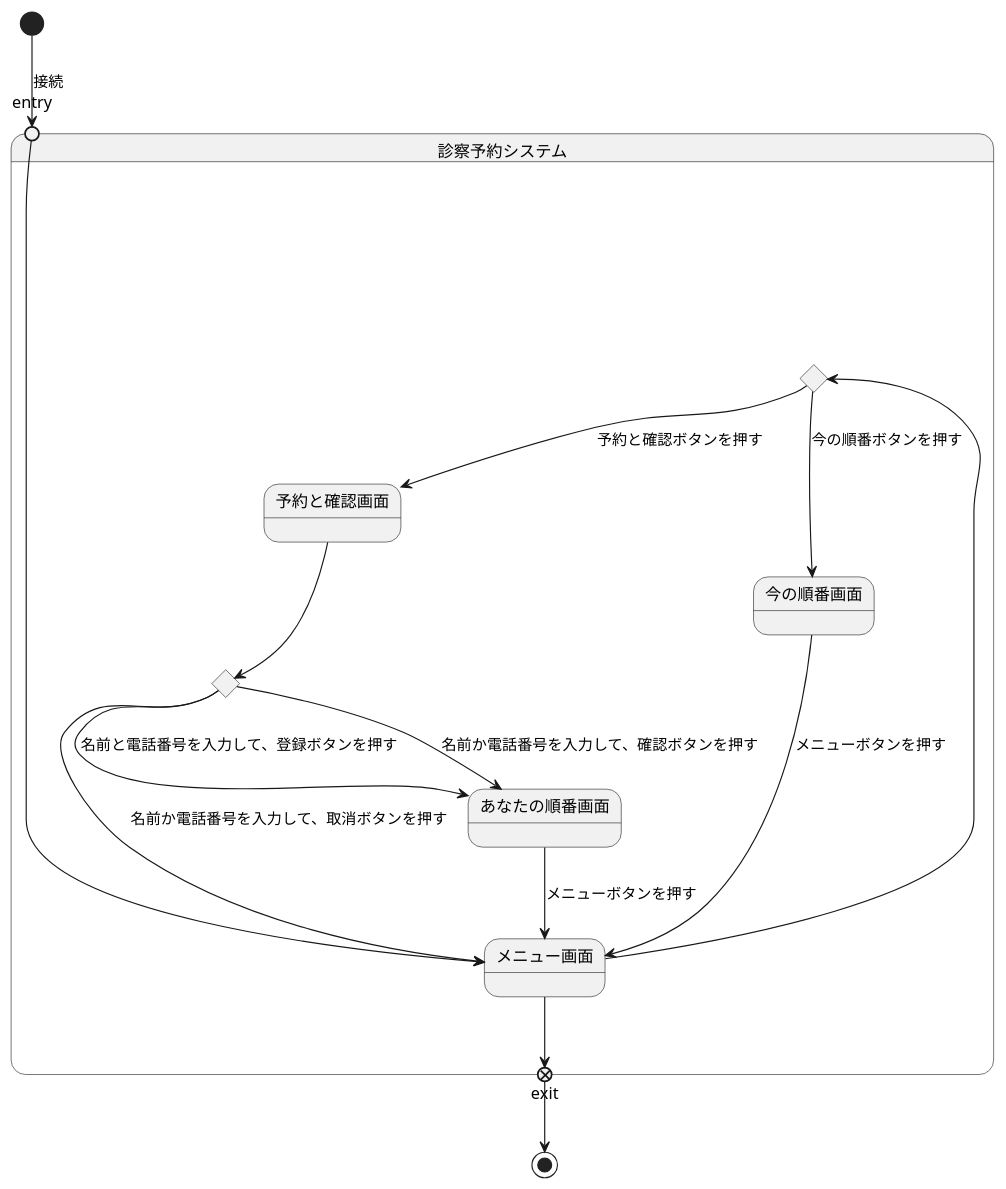
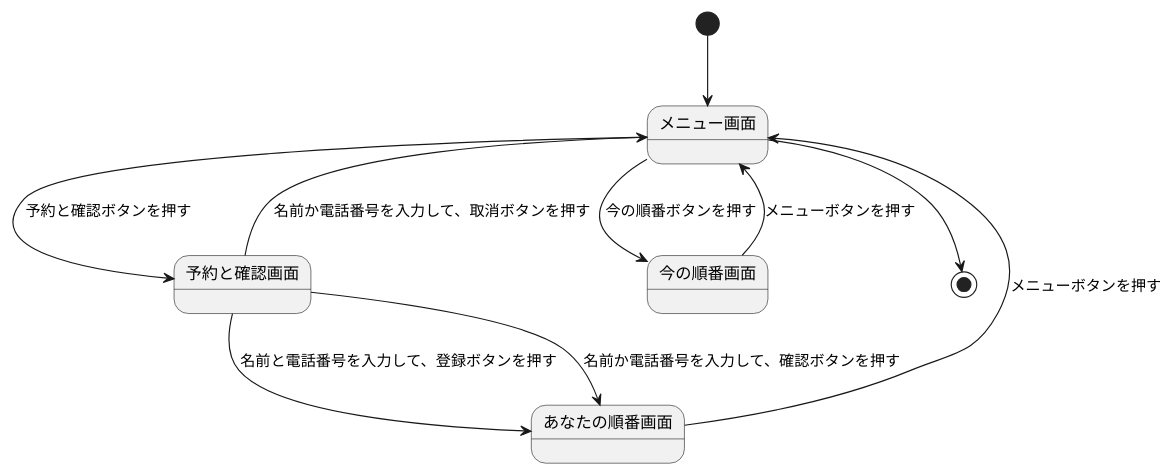
Before and after one commit to eumura123/uml-introduction: the diagram in 演習6-3_ステートマシン図_診察予約システム.pu, drawn with PlantUML.

Commit message:
演習6-3

```diff
--- a/演習6-3_ステートマシン図_診察予約システム.pu
+++ b/演習6-3_ステートマシン図_診察予約システム.pu
@@ -1,21 +1,11 @@
 @startuml  
-state 診察予約システム{
-state entry <<entryPoint>>
-state exit <<exitPoint>>
-state c <<choice>>
-state c2 <<choice>>
-entry --> メニュー画面
-メニュー画面 --> c
-c --> 予約と確認画面 :予約と確認ボタンを押す
-c --> 今の順番画面 :今の順番ボタンを押す
-予約と確認画面 --> c2
-c2 --> あなたの順番画面 :名前と電話番号を入力して、登録ボタンを押す
-c2 --> あなたの順番画面 :名前か電話番号を入力して、確認ボタンを押す
-c2 --> メニュー画面 :名前か電話番号を入力して、取消ボタンを押す
+[*] --> メニュー画面
+メニュー画面 --> 予約と確認画面 :予約と確認ボタンを押す
+メニュー画面 --> 今の順番画面 :今の順番ボタンを押す
+予約と確認画面 --> あなたの順番画面 :名前と電話番号を入力して、登録ボタンを押す
+予約と確認画面 --> あなたの順番画面 :名前か電話番号を入力して、確認ボタンを押す
+予約と確認画面 --> メニュー画面 :名前か電話番号を入力して、取消ボタンを押す
 今の順番画面 --> メニュー画面 :メニューボタンを押す
 あなたの順番画面 --> メニュー画面 :メニューボタンを押す
-メニュー画面 --> exit
-}
-[*] --> entry :接続
-exit --> [*]
+メニュー画面 --> [*]
 @enduml
```
